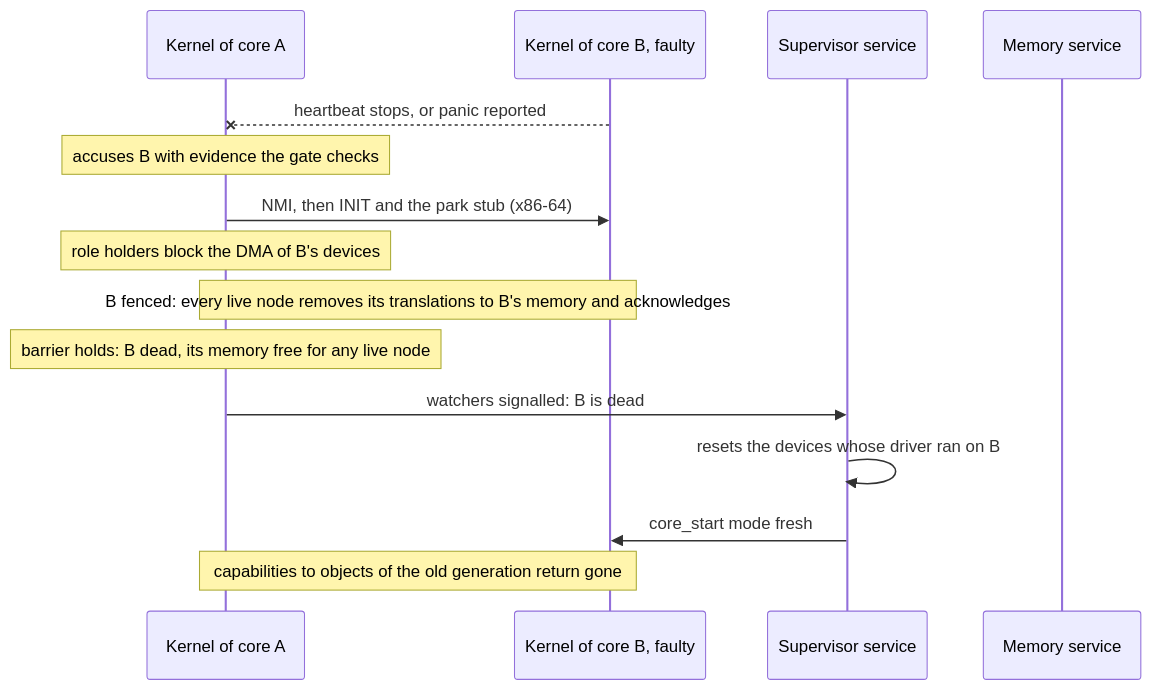
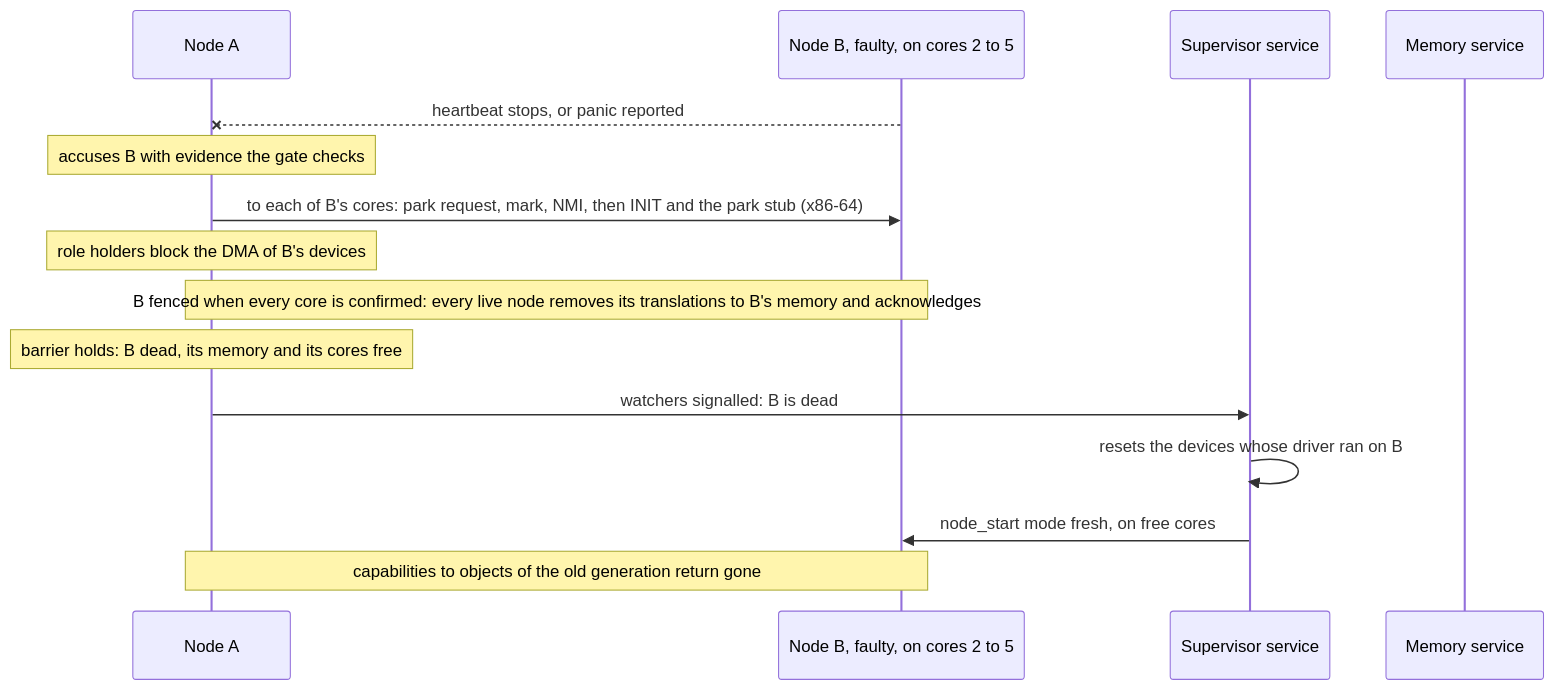
The diagram in architecture/kernel.md (LES-RATS/dodos-doc), drawn with Mermaid before and after one commit. The commit also changed other lines of this file and 3 other files, not shown here.

First line of the commit message:
kernel.md, scheduling.md: the shape of nodes and cores (D-128, D-129)

````diff
--- a/architecture/kernel.md
+++ b/architecture/kernel.md
@@ -109,17 +96,17 @@
 ```mermaid
 sequenceDiagram
-    participant A as Kernel of core A
-    participant B as Kernel of core B, faulty
+    participant A as Node A
+    participant B as Node B, faulty, on cores 2 to 5
     participant V as Supervisor service
     participant M as Memory service
     B--xA: heartbeat stops, or panic reported
     Note over A: accuses B with evidence the gate checks
-    A->>B: NMI, then INIT and the park stub (x86-64)
+    A->>B: to each of B's cores: park request, mark, NMI, then INIT and the park stub (x86-64)
     Note over A: role holders block the DMA of B's devices
-    Note over A,B: B fenced: every live node removes its translations to B's memory and acknowledges
-    Note over A: barrier holds: B dead, its memory free for any live node
+    Note over A,B: B fenced when every core is confirmed: every live node removes its translations to B's memory and acknowledges
+    Note over A: barrier holds: B dead, its memory and its cores free
     A->>V: watchers signalled: B is dead
     V->>V: resets the devices whose driver ran on B
-    V->>B: core_start mode fresh
+    V->>B: node_start mode fresh, on free cores
     Note over A,B: capabilities to objects of the old generation return gone
 ```
````
